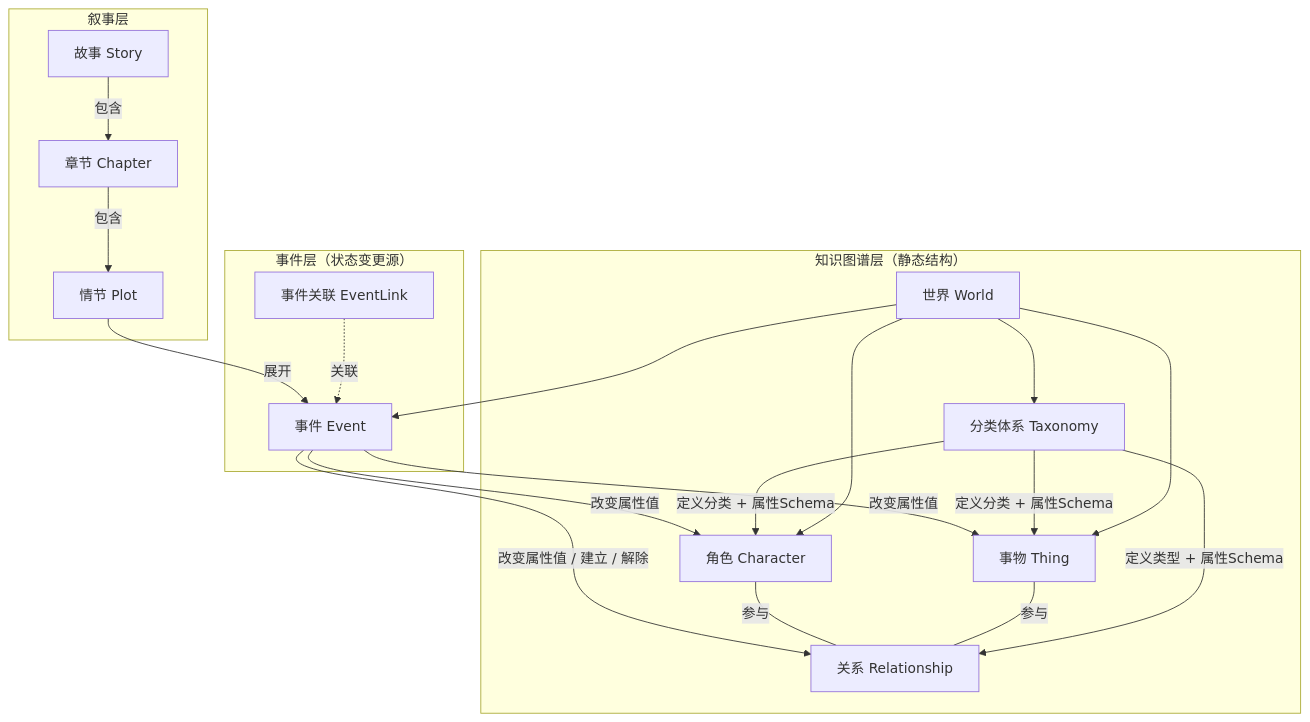
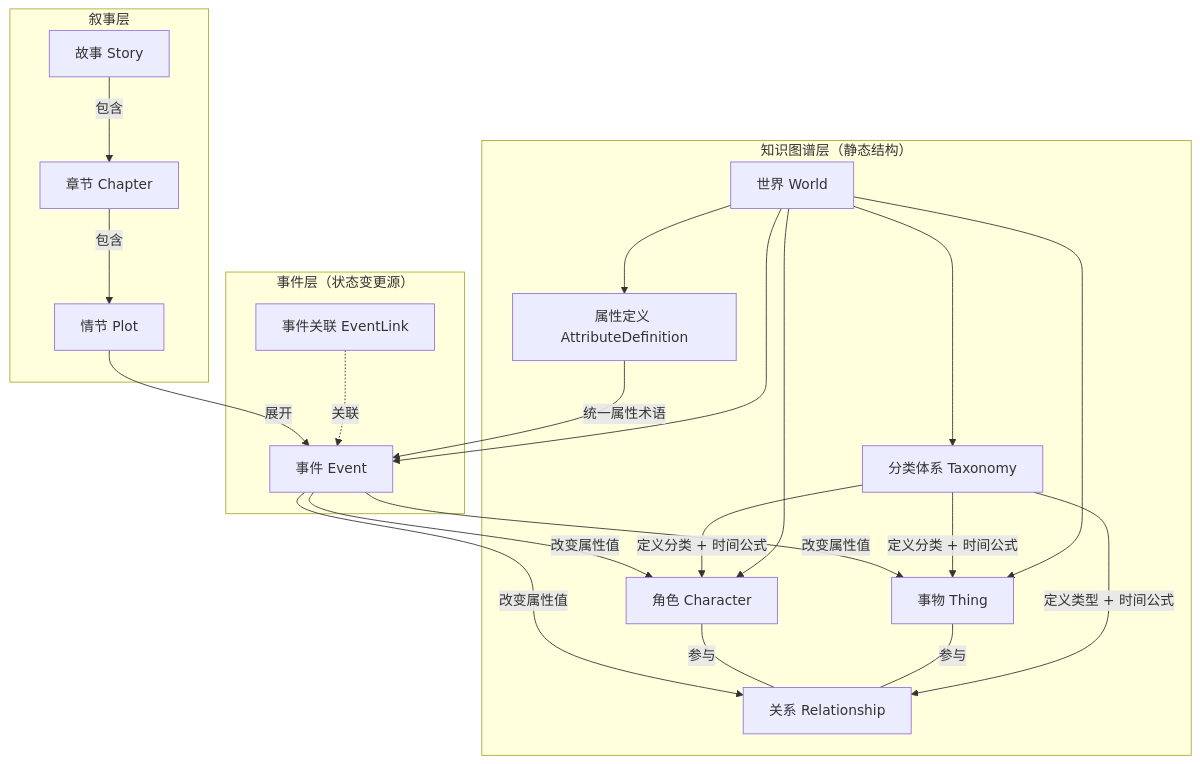
The diagram in docs/story-modeling.md (shazhou-ww/imagix), drawn with Mermaid before and after one commit. The commit also changed other lines of this file and 2 other files, not shown here.

````diff
--- a/docs/story-modeling.md
+++ b/docs/story-modeling.md
@@ -32,38 +42,41 @@
 ```mermaid
 graph TD
   subgraph narrativeLayer ["叙事层"]
     Story["故事 Story"]
     Chapter["章节 Chapter"]
     Plot["情节 Plot"]
   end
 
   subgraph eventLayer ["事件层（状态变更源）"]
     Event["事件 Event"]
     EventLink["事件关联 EventLink"]
   end
 
   subgraph graphLayer ["知识图谱层（静态结构）"]
     World["世界 World"]
     Character["角色 Character"]
     Thing["事物 Thing"]
     Relationship["关系 Relationship"]
     Taxonomy["分类体系 Taxonomy"]
+    AttrDef["属性定义 AttributeDefinition"]
   end
 
   Story -->|"包含"| Chapter
   Chapter -->|"包含"| Plot
   Plot -->|"展开"| Event
   Event -->|"改变属性值"| Character
   Event -->|"改变属性值"| Thing
-  Event -->|"改变属性值 / 建立 / 解除"| Relationship
+  Event -->|"改变属性值"| Relationship
   EventLink -.->|"关联"| Event
   Character ---|"参与"| Relationship
   Thing ---|"参与"| Relationship
-  Taxonomy -->|"定义分类 + 属性Schema"| Character
-  Taxonomy -->|"定义分类 + 属性Schema"| Thing
-  Taxonomy -->|"定义类型 + 属性Schema"| Relationship
+  Taxonomy -->|"定义分类 + 时间公式"| Character
+  Taxonomy -->|"定义分类 + 时间公式"| Thing
+  Taxonomy -->|"定义类型 + 时间公式"| Relationship
+  AttrDef -->|"统一属性术语"| Event
   World --> Taxonomy
+  World --> AttrDef
   World --> Character
   World --> Thing
   World --> Event
 ```
````
